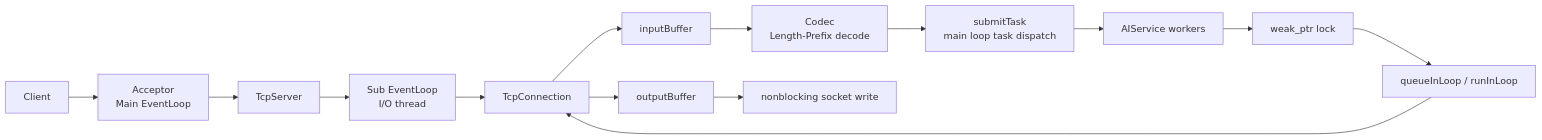
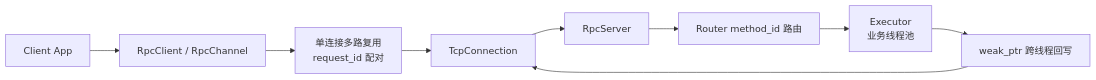
One commit to fsssb/MyRPC_Project changed the diagram in README.md. Above: the diagram before and after it, drawn with Mermaid. The commit also changed other lines of this file and 7 other files, not shown here.

````diff
--- a/README.md
+++ b/README.md
@@ -41,16 +42,11 @@
 ```mermaid
 flowchart LR
-    Client[Client] --> Acceptor[Acceptor<br/>Main EventLoop]
-    Acceptor --> Server[TcpServer]
-    Server --> SubLoop[Sub EventLoop<br/>I/O thread]
-    SubLoop --> Conn[TcpConnection]
-    Conn --> InBuf[inputBuffer]
-    InBuf --> Codec[Codec<br/>Length-Prefix decode]
-    Codec --> MainTask[submitTask<br/>main loop task dispatch]
-    MainTask --> AI[AIService workers]
-    AI --> Weak[weak_ptr lock]
-    Weak --> Queue[queueInLoop / runInLoop]
-    Queue --> Conn
-    Conn --> OutBuf[outputBuffer]
-    OutBuf --> Socket[nonblocking socket write]
+    ClientApp[Client App] --> Stub[RpcClient / RpcChannel]
+    Stub --> Multi[单连接多路复用<br/>request_id 配对]
+    Multi --> Conn[TcpConnection]
+    Conn --> Server[RpcServer]
+    Server --> Router[Router method_id 路由]
+    Router --> Exec[Executor<br/>业务线程池]
+    Exec --> WB[weak_ptr 跨线程回写]
+    WB --> Conn
 ```
````
